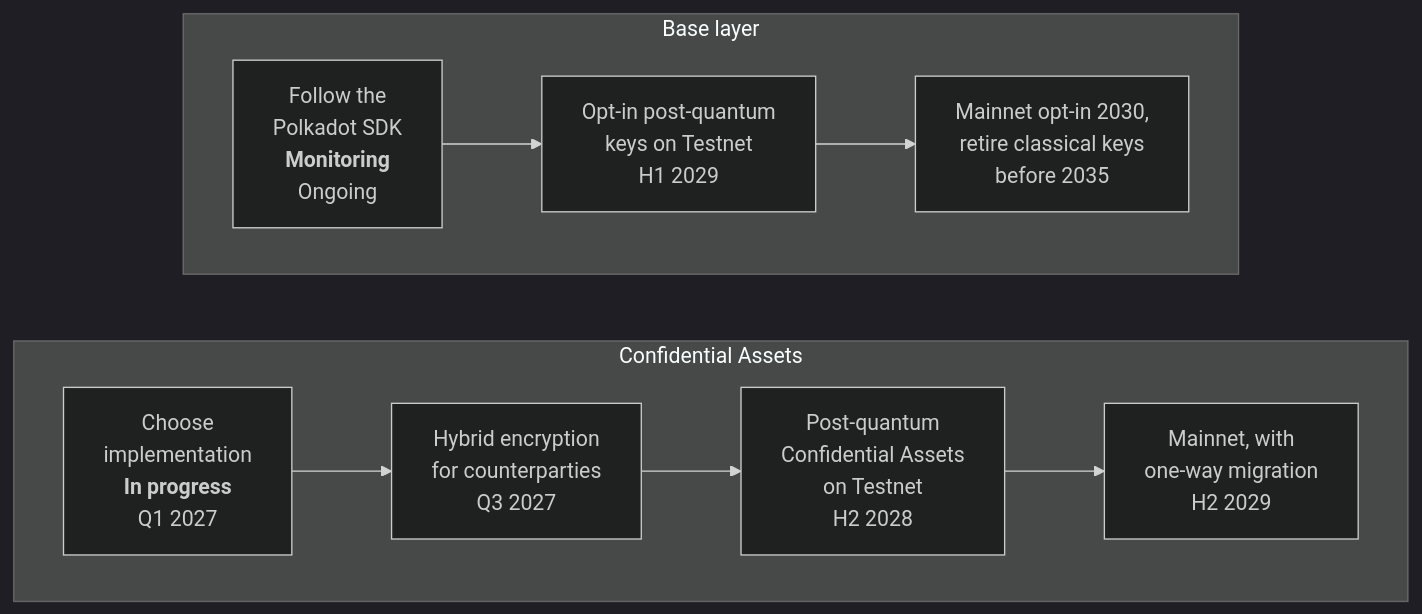
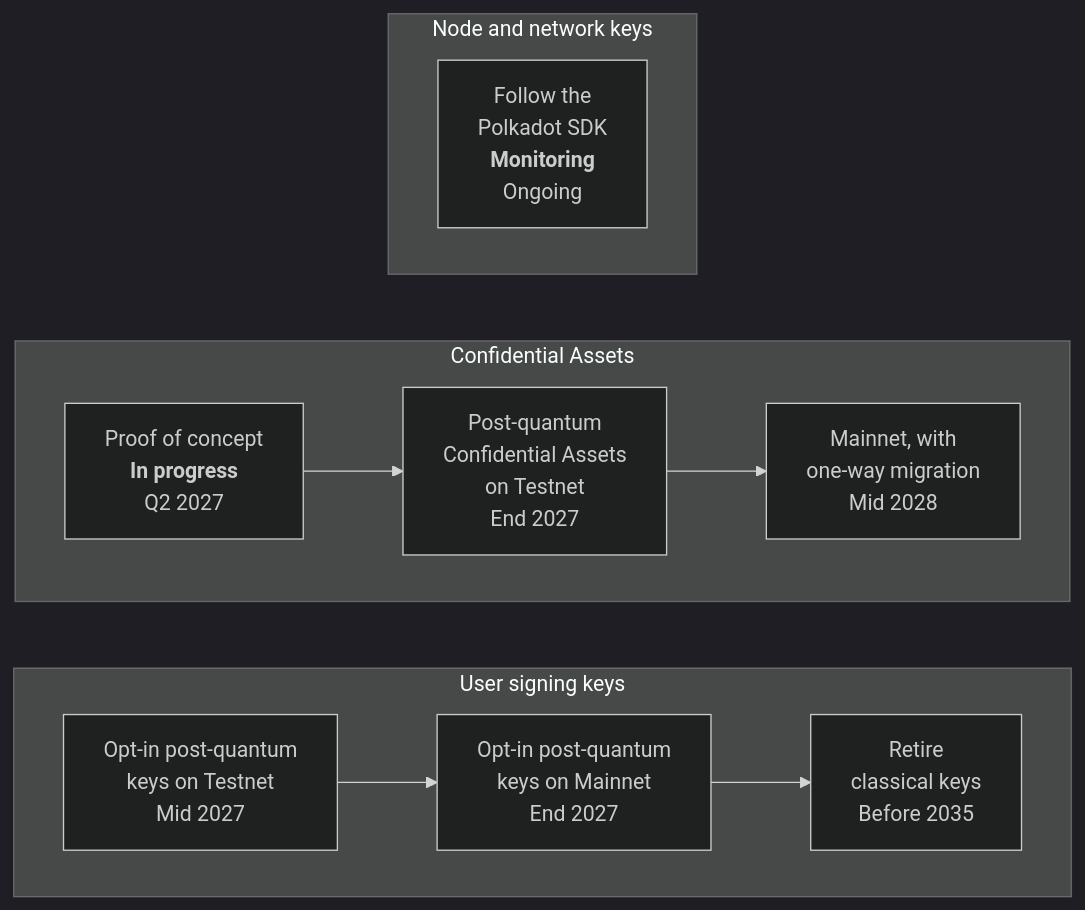
The diagram in docs/200-core-concepts/125-post-quantum.md (PolymeshAssociation/polymesh-documentation-site), drawn with Mermaid (dark theme) before and after one commit. The commit also changed other lines of this file, not shown here.

First line of the commit message:
docs: update post-quantum readiness targets

````diff
--- a/docs/200-core-concepts/125-post-quantum.md
+++ b/docs/200-core-concepts/125-post-quantum.md
@@ -93,11 +89,15 @@
 ```mermaid
 flowchart LR
+  subgraph SK["User signing keys"]
+    direction LR
+    S1["Opt-in post-quantum<br/>keys on Testnet<br/>Mid 2027"] --> S2["Opt-in post-quantum<br/>keys on Mainnet<br/>End 2027"] --> S3["Retire<br/>classical keys<br/>Before 2035"]
+  end
   subgraph CA["Confidential Assets"]
     direction LR
-    C1["Choose<br/>implementation<br/><b>In progress</b><br/>Q1 2027"] --> C2["Hybrid encryption<br/>for counterparties<br/>Q3 2027"] --> C3["Post-quantum<br/>Confidential Assets<br/>on Testnet<br/>H2 2028"] --> C4["Mainnet, with<br/>one-way migration<br/>H2 2029"]
+    C1["Proof of concept<br/><b>In progress</b><br/>Q2 2027"] --> C2["Post-quantum<br/>Confidential Assets<br/>on Testnet<br/>End 2027"] --> C3["Mainnet, with<br/>one-way migration<br/>Mid 2028"]
   end
-  subgraph BL["Base layer"]
+  subgraph NK["Node and network keys"]
     direction LR
-    B1["Follow the<br/>Polkadot SDK<br/><b>Monitoring</b><br/>Ongoing"] --> B2["Opt-in post-quantum<br/>keys on Testnet<br/>H1 2029"] --> B3["Mainnet opt-in 2030,<br/>retire classical keys<br/>before 2035"]
+    N1["Follow the<br/>Polkadot SDK<br/><b>Monitoring</b><br/>Ongoing"]
   end
 ```
````
